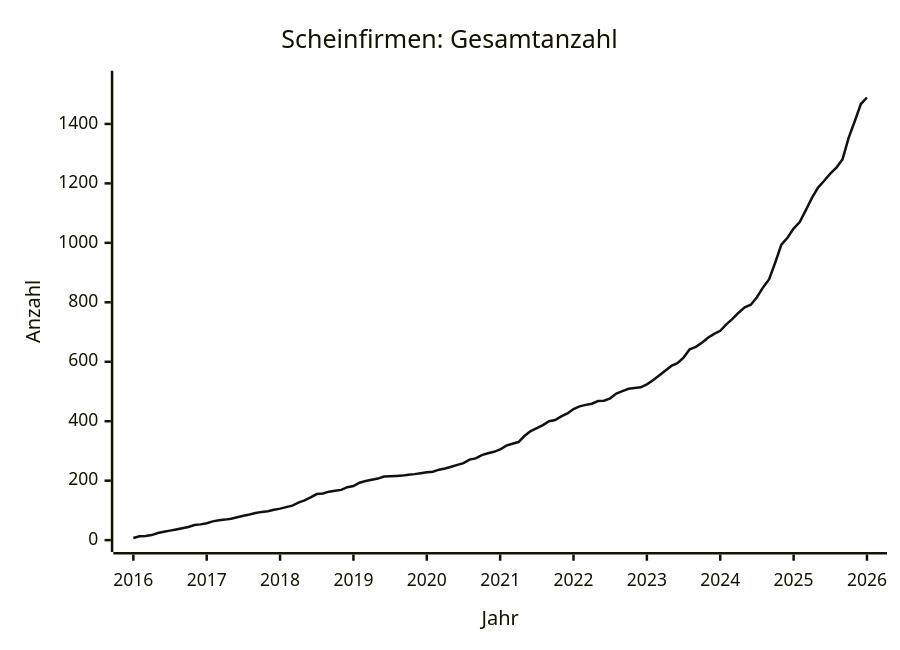
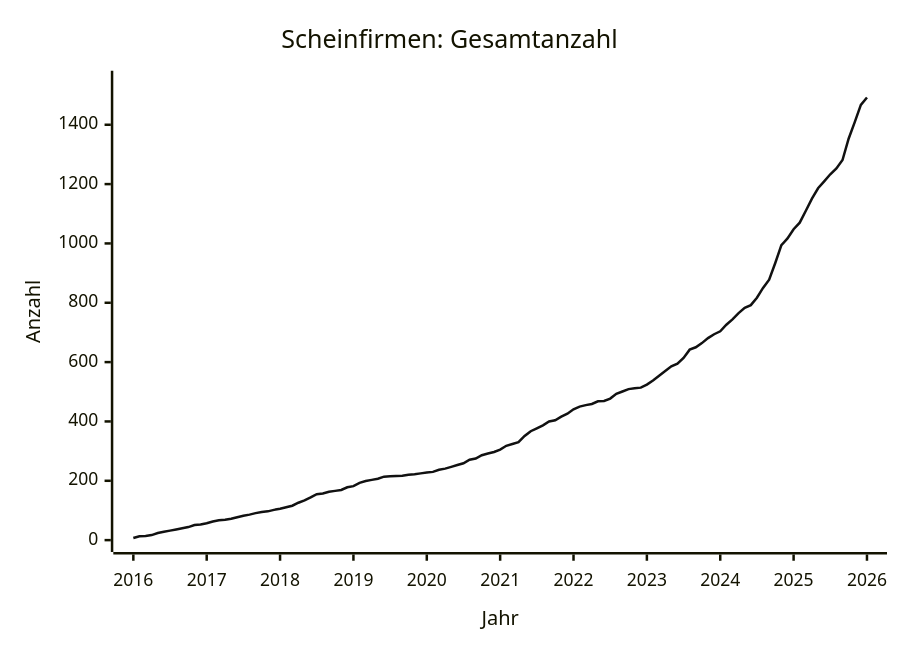
One commit to arjoma/scheinfirmen-at changed the diagram in data/STATS.md. Above: the diagram before and after it, drawn with Mermaid. The commit also changed other lines of this file and 3 other files, not shown here.

````diff
--- a/data/STATS.md
+++ b/data/STATS.md
@@ -9,13 +9,13 @@
 ```mermaid
 ---
 config:
   themeVariables:
     xyChart:
       plotColorPalette: "#111111"
 ---
 xychart-beta
     title "Scheinfirmen: Gesamtanzahl"
     x-axis "Jahr" 2016 --> 2026
-    y-axis "Anzahl" 0 --> 1539
-    line [7, 13, 14, 17, 24, 28, 32, 36, 40, 44, 51, 53, 57, 63, 67, 69, 72, 77, 82, 86, 91, 95, 97, 102, 106, 111, 116, 126, 134, 144, 155, 157, 163, 166, 169, 178, 182, 193, 199, 203, 207, 214, 215, 216, 217, 220, 222, 225, 228, 230, 237, 241, 247, 253, 259, 271, 275, 286, 292, 297, 305, 318, 324, 330, 351, 367, 377, 387, 400, 404, 416, 426, 441, 450, 455, 459, 468, 469, 477, 493, 501, 509, 512, 514, 524, 538, 554, 570, 586, 595, 614, 642, 650, 664, 681, 694, 704, 726, 744, 765, 783, 792, 817, 850, 878, 934, 994, 1017, 1048, 1070, 1110, 1151, 1186, 1209, 1233, 1253, 1281, 1353, 1409, 1467, 1489]
+    y-axis "Anzahl" 0 --> 1542
+    line [7, 13, 14, 17, 24, 28, 32, 36, 40, 44, 51, 53, 57, 63, 67, 69, 72, 77, 82, 86, 91, 95, 97, 102, 106, 111, 116, 126, 134, 144, 155, 157, 163, 166, 169, 178, 182, 193, 199, 203, 207, 214, 215, 216, 217, 220, 222, 225, 228, 230, 237, 241, 247, 253, 259, 271, 275, 286, 292, 297, 305, 318, 324, 330, 351, 367, 377, 387, 400, 404, 416, 426, 441, 450, 455, 459, 468, 469, 477, 493, 501, 509, 512, 514, 524, 538, 554, 570, 586, 595, 614, 642, 650, 664, 681, 694, 704, 726, 744, 765, 783, 792, 817, 850, 878, 934, 994, 1017, 1048, 1070, 1110, 1151, 1186, 1209, 1233, 1253, 1281, 1353, 1409, 1467, 1492]
 ```
````
